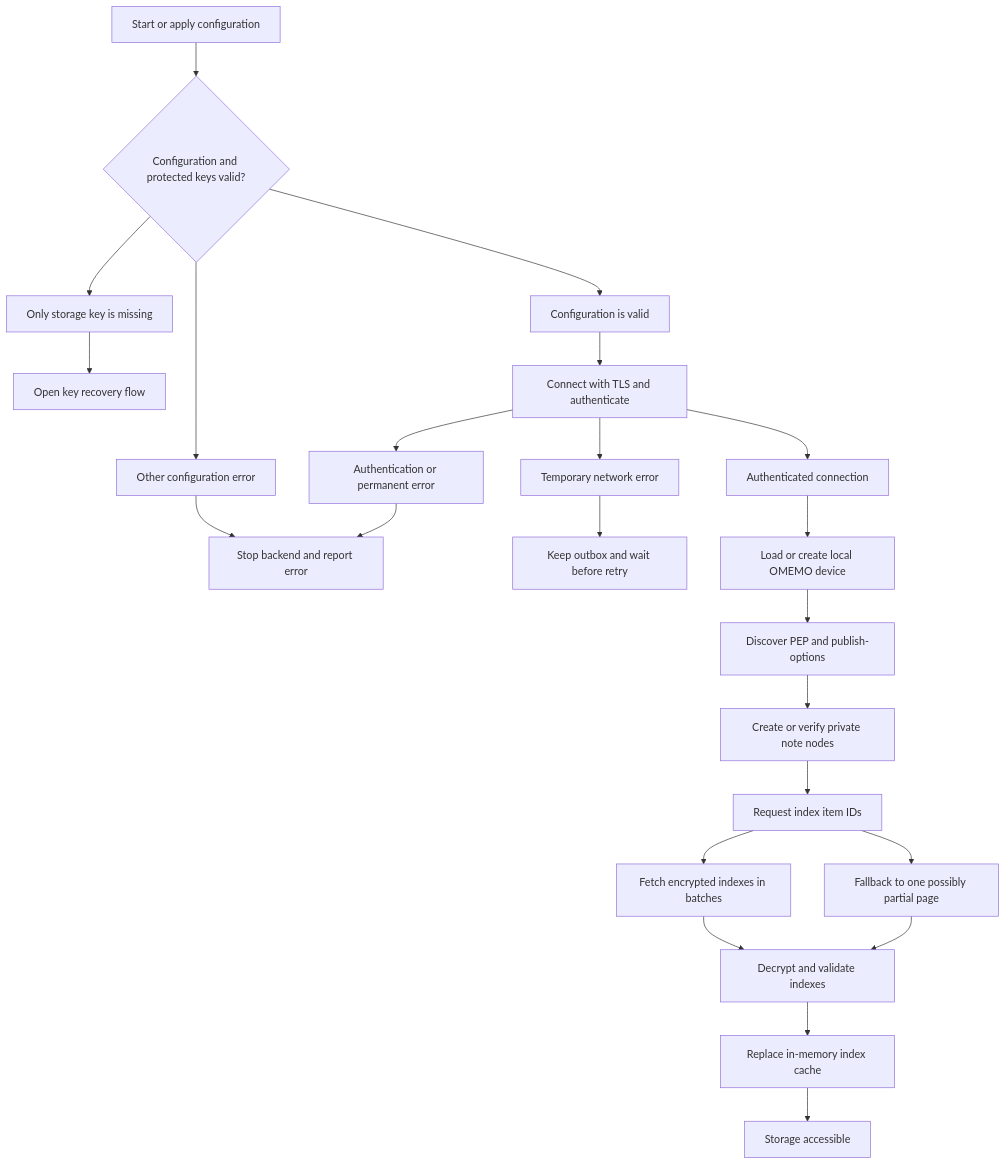
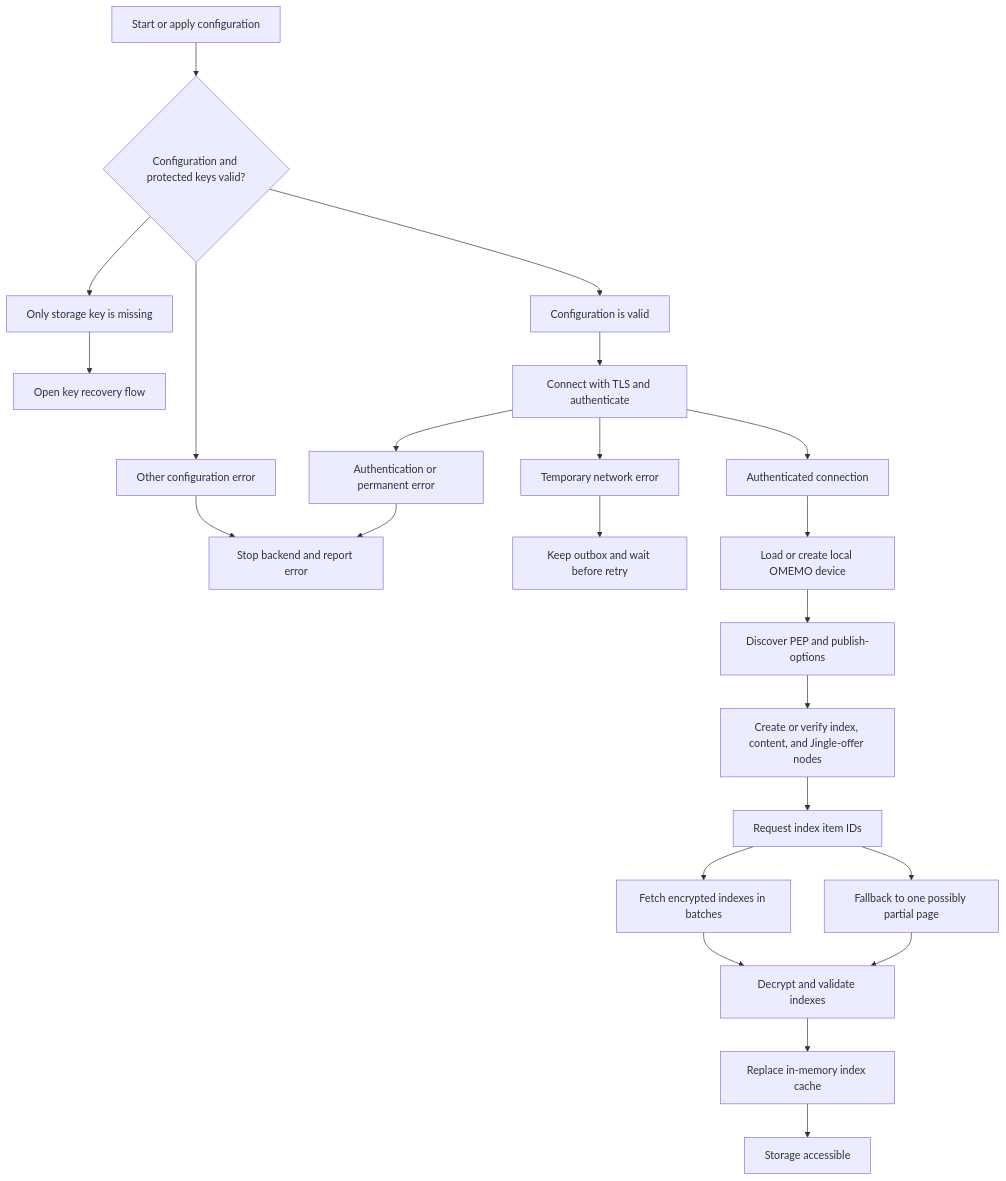
The second of 6 diagrams in plugins/xmpppubsub/README.md (Ri0n/AnyKeep), drawn with Mermaid before and after one commit. The commit also changed other lines of this file and 48 other files, not shown here.

````diff
--- a/plugins/xmpppubsub/README.md
+++ b/plugins/xmpppubsub/README.md
@@ -207,25 +212,25 @@
 ```mermaid
 graph TD;
     START["Start or apply configuration"] --> VALIDATE{"Configuration and protected keys valid?"};
     VALIDATE --> VALID["Configuration is valid"];
     VALIDATE --> MISSING["Only storage key is missing"];
     VALIDATE --> INVALID["Other configuration error"];
     MISSING --> WIZARD["Open key recovery flow"];
     INVALID --> STOP["Stop backend and report error"];
     VALID --> TLS["Connect with TLS and authenticate"];
     TLS --> PERMANENT["Authentication or permanent error"];
     TLS --> TEMPORARY["Temporary network error"];
     TLS --> CONNECTED["Authenticated connection"];
     PERMANENT --> STOP;
     TEMPORARY --> BACKOFF["Keep outbox and wait before retry"];
     CONNECTED --> OMEMO["Load or create local OMEMO device"];
     OMEMO --> PEP["Discover PEP and publish-options"];
-    PEP --> NODES["Create or verify private note nodes"];
+    PEP --> NODES["Create or verify index, content, and Jingle-offer nodes"];
     NODES --> IDS["Request index item IDs"];
     IDS --> BATCH["Fetch encrypted indexes in batches"];
     IDS --> FALLBACK["Fallback to one possibly partial page"];
     BATCH --> DECRYPT["Decrypt and validate indexes"];
     FALLBACK --> DECRYPT;
     DECRYPT --> CACHE["Replace in-memory index cache"];
     CACHE --> READY["Storage accessible"];
 ```
````
